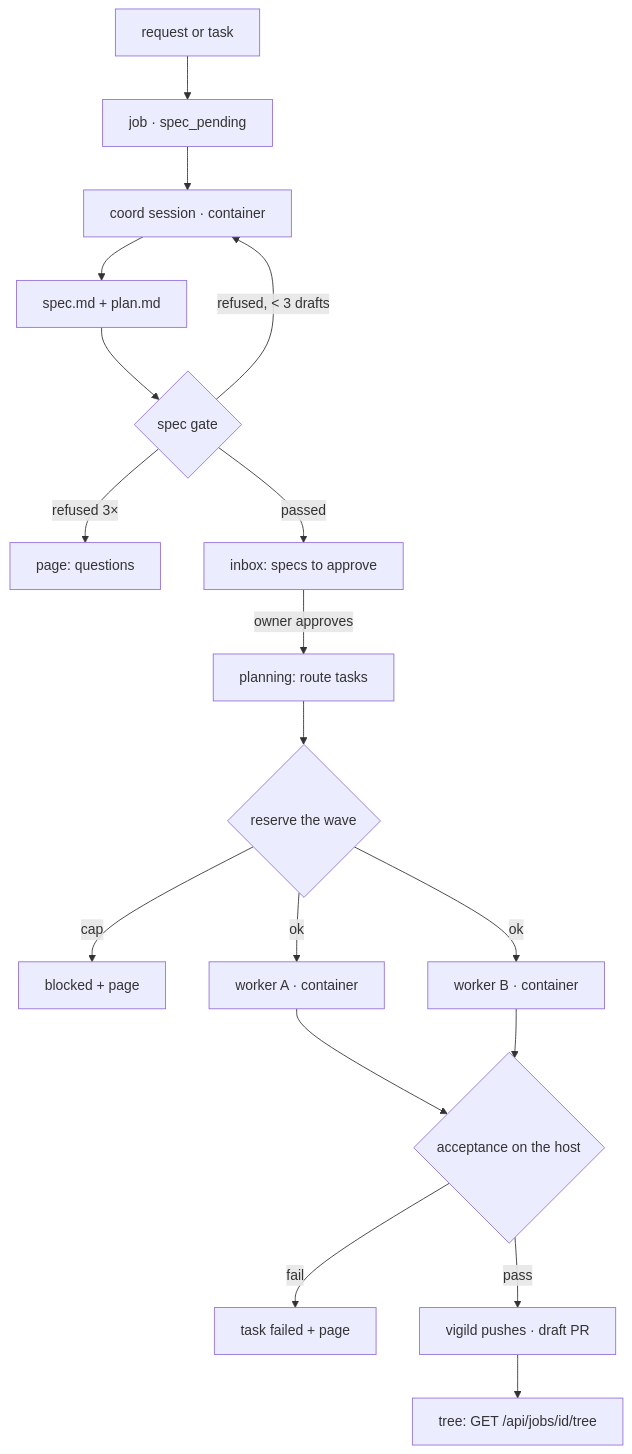
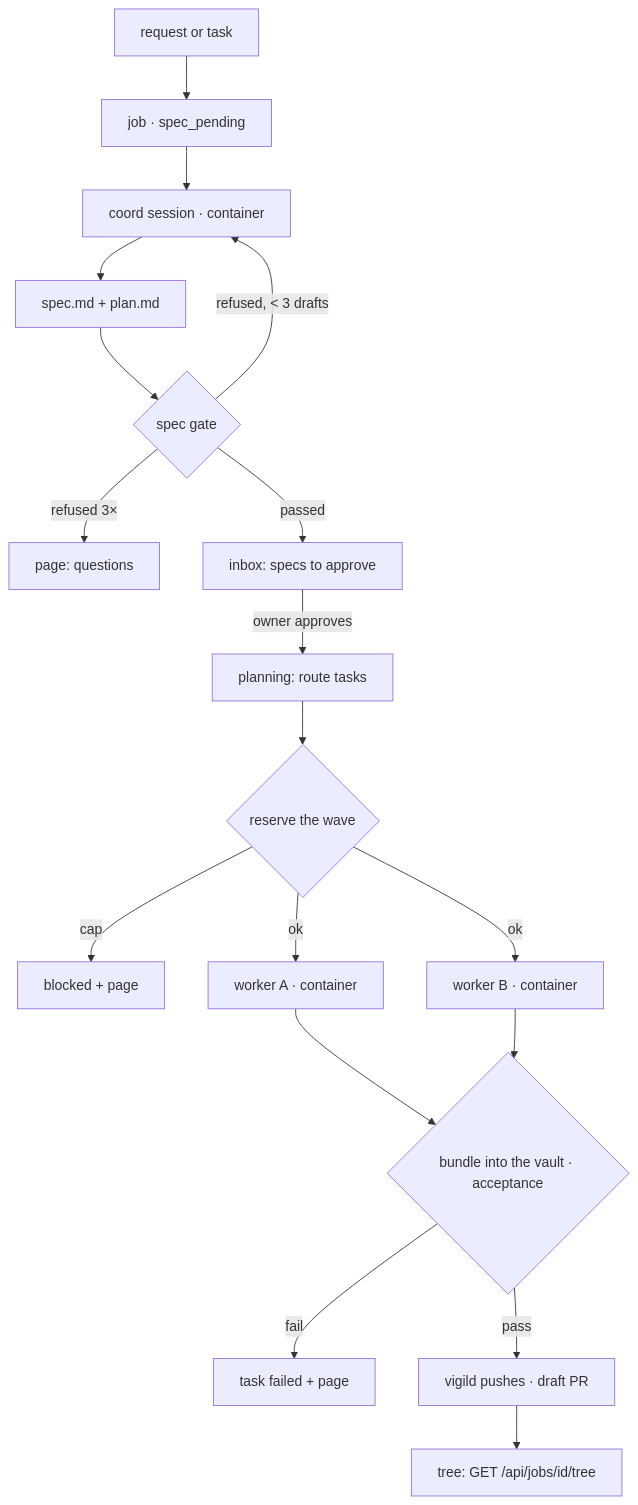
Before and after one commit to thomasbardhi01/vigil: the third of 3 diagrams in docs/architecture.md, drawn with Mermaid. The commit also changed other lines of this file and 34 other files, not shown here.

````diff
--- a/docs/architecture.md
+++ b/docs/architecture.md
@@ -195,18 +205,18 @@
 ```mermaid
 flowchart TD
   R[request or task] --> J[job · spec_pending]
   J --> C[coord session · container]
   C --> SP[spec.md + plan.md]
   SP --> G{spec gate}
   G -- refused, < 3 drafts --> C
   G -- refused 3× --> P[page: questions]
   G -- passed --> I[inbox: specs to approve]
   I -- owner approves --> PL[planning: route tasks]
   PL --> B{reserve the wave}
   B -- cap --> BL[blocked + page]
   B -- ok --> W1[worker A · container] & W2[worker B · container]
-  W1 & W2 --> A{acceptance on the host}
+  W1 & W2 --> A{bundle into the vault · acceptance}
   A -- fail --> F[task failed + page]
   A -- pass --> PUB[vigild pushes · draft PR]
   PUB --> T[tree: GET /api/jobs/id/tree]
 ```
````
